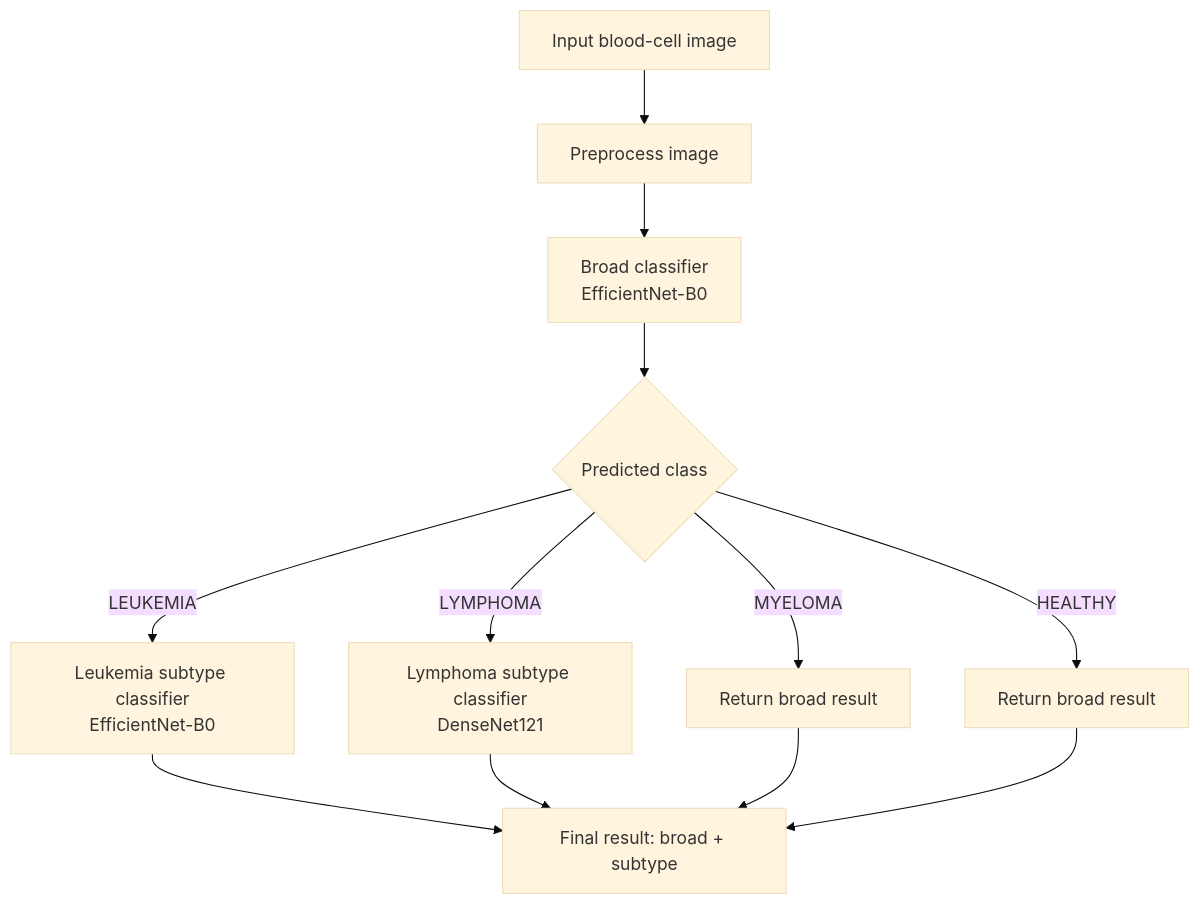
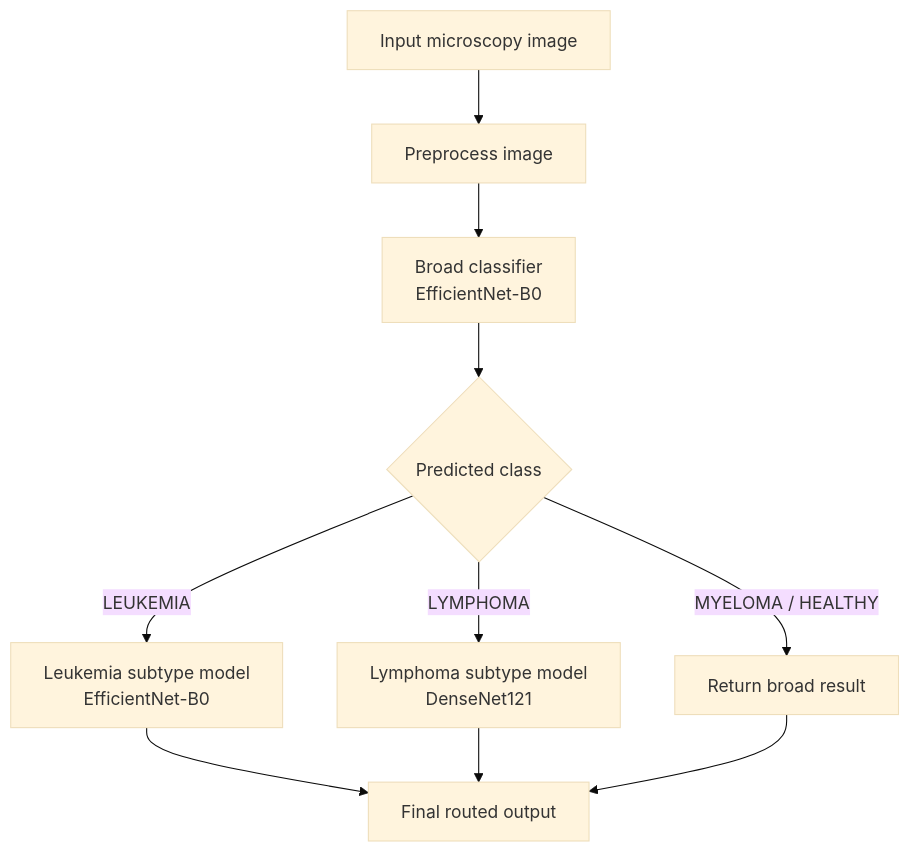
One commit to TheegalaYeseswini/Blood-cancer-detection changed the diagram in README.md. Above: the diagram before and after it, drawn with Mermaid (base theme). The commit also changed other lines of this file and 20 other files, not shown here.

````diff
--- a/README.md
+++ b/README.md
@@ -77,14 +36,12 @@
 ```mermaid
 flowchart TD
-    A["Input blood-cell image"] --> B["Preprocess image"]
+    A["Input microscopy image"] --> B["Preprocess image"]
     B --> C["Broad classifier<br/>EfficientNet-B0"]
     C --> D{"Predicted class"}
-    D -->|"LEUKEMIA"| E["Leukemia subtype classifier<br/>EfficientNet-B0"]
-    D -->|"LYMPHOMA"| F["Lymphoma subtype classifier<br/>DenseNet121"]
-    D -->|"MYELOMA"| G["Return broad result"]
-    D -->|"HEALTHY"| H["Return broad result"]
-    E --> I["Final result: broad + subtype"]
-    F --> I
-    G --> I
-    H --> I
+    D -->|"LEUKEMIA"| E["Leukemia subtype model<br/>EfficientNet-B0"]
+    D -->|"LYMPHOMA"| F["Lymphoma subtype model<br/>DenseNet121"]
+    D -->|"MYELOMA / HEALTHY"| G["Return broad result"]
+    E --> H["Final routed output"]
+    F --> H
+    G --> H
 ```
````
